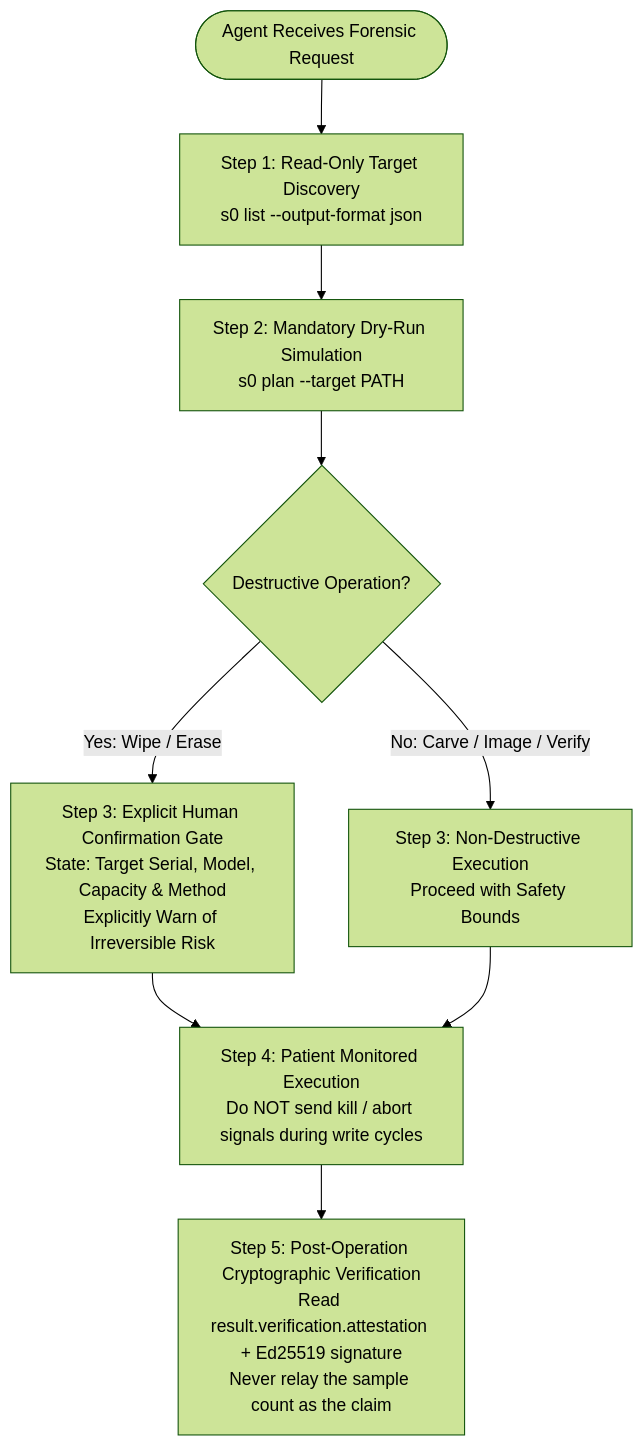
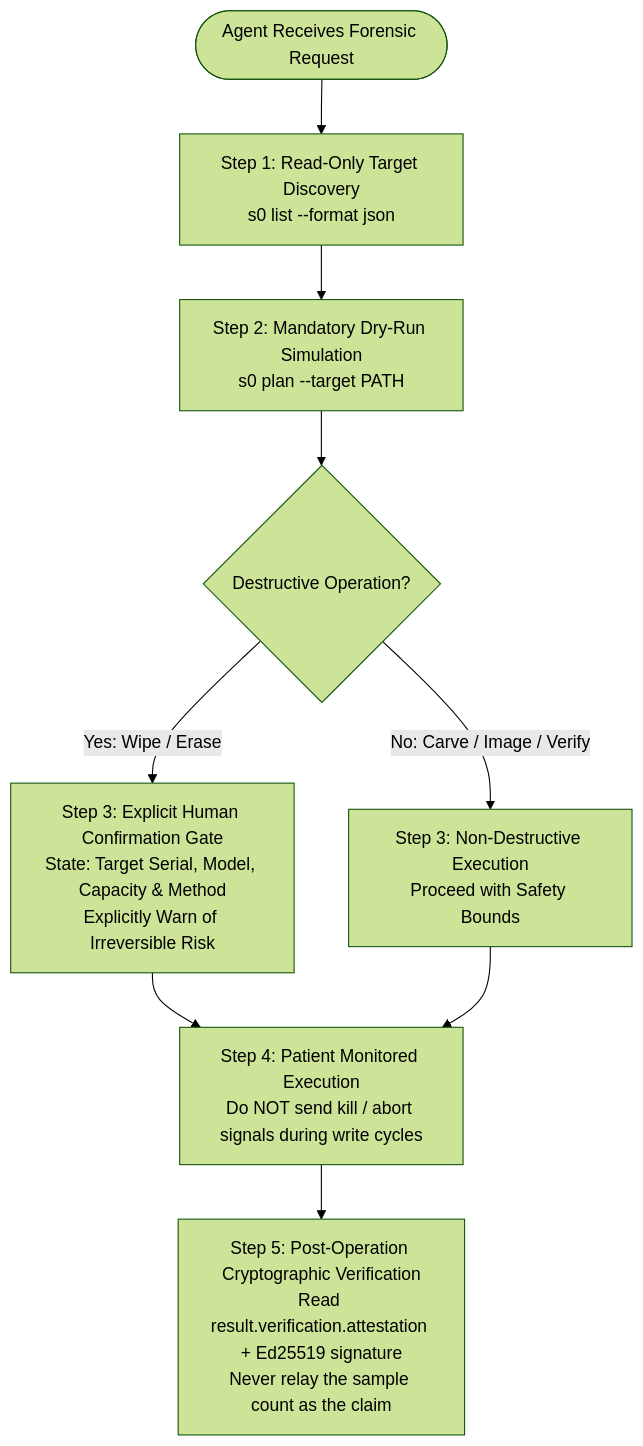
The diagram in docs/project/agentic-ai.md (kartik2005221/s0), drawn with Mermaid (forest theme) before and after one commit. The commit also changed 12 other files, not shown here.

````diff
--- a/docs/project/agentic-ai.md
+++ b/docs/project/agentic-ai.md
@@ -26,14 +26,14 @@
 ```mermaid
 flowchart TD
-    A([Agent Receives Forensic Request]) --> B[Step 1: Read-Only Target Discovery<br>s0 list --output-format json]
+    A([Agent Receives Forensic Request]) --> B[Step 1: Read-Only Target Discovery<br>s0 list --format json]
     B --> C[Step 2: Mandatory Dry-Run Simulation<br>s0 plan --target PATH]
     C --> D{Destructive Operation?}
     
     D -->|Yes: Wipe / Erase| E[Step 3: Explicit Human Confirmation Gate<br>State: Target Serial, Model, Capacity & Method<br>Explicitly Warn of Irreversible Risk]
     D -->|No: Carve / Image / Verify| F[Step 3: Non-Destructive Execution<br>Proceed with Safety Bounds]
     
     E --> G[Step 4: Patient Monitored Execution<br>Do NOT send kill / abort signals during write cycles]
     F --> G
     
     G --> H[Step 5: Post-Operation Cryptographic Verification<br>Read result.verification.attestation + Ed25519 signature<br>Never relay the sample count as the claim]
 ```
````
